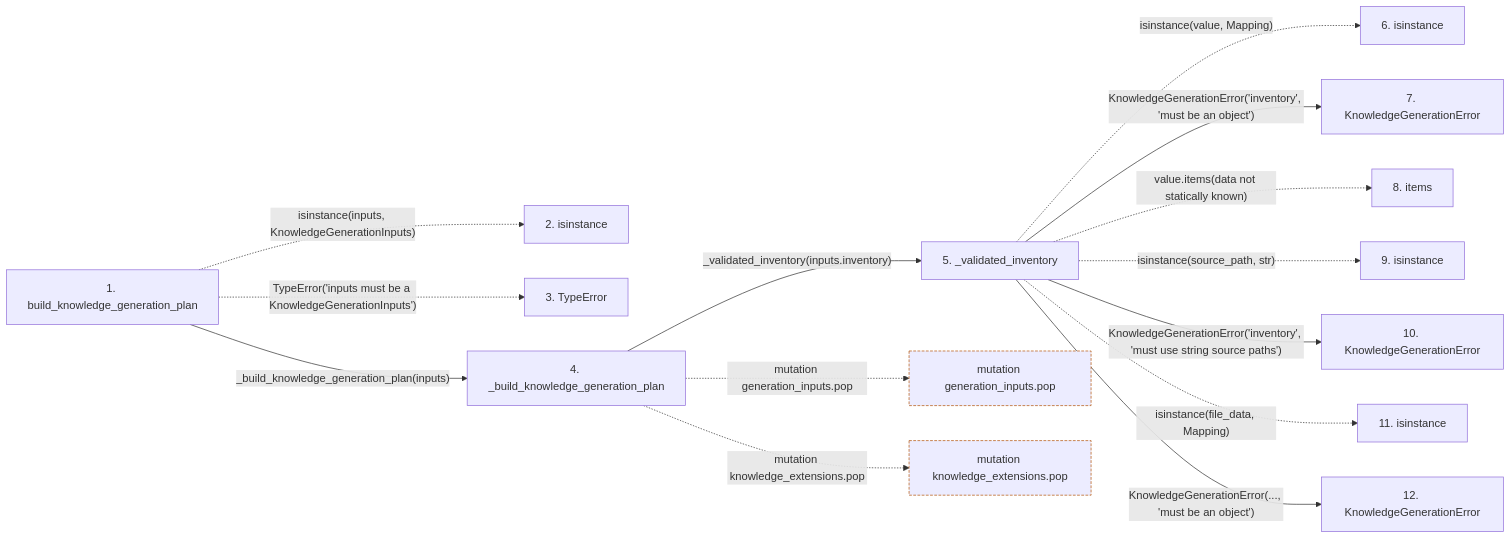
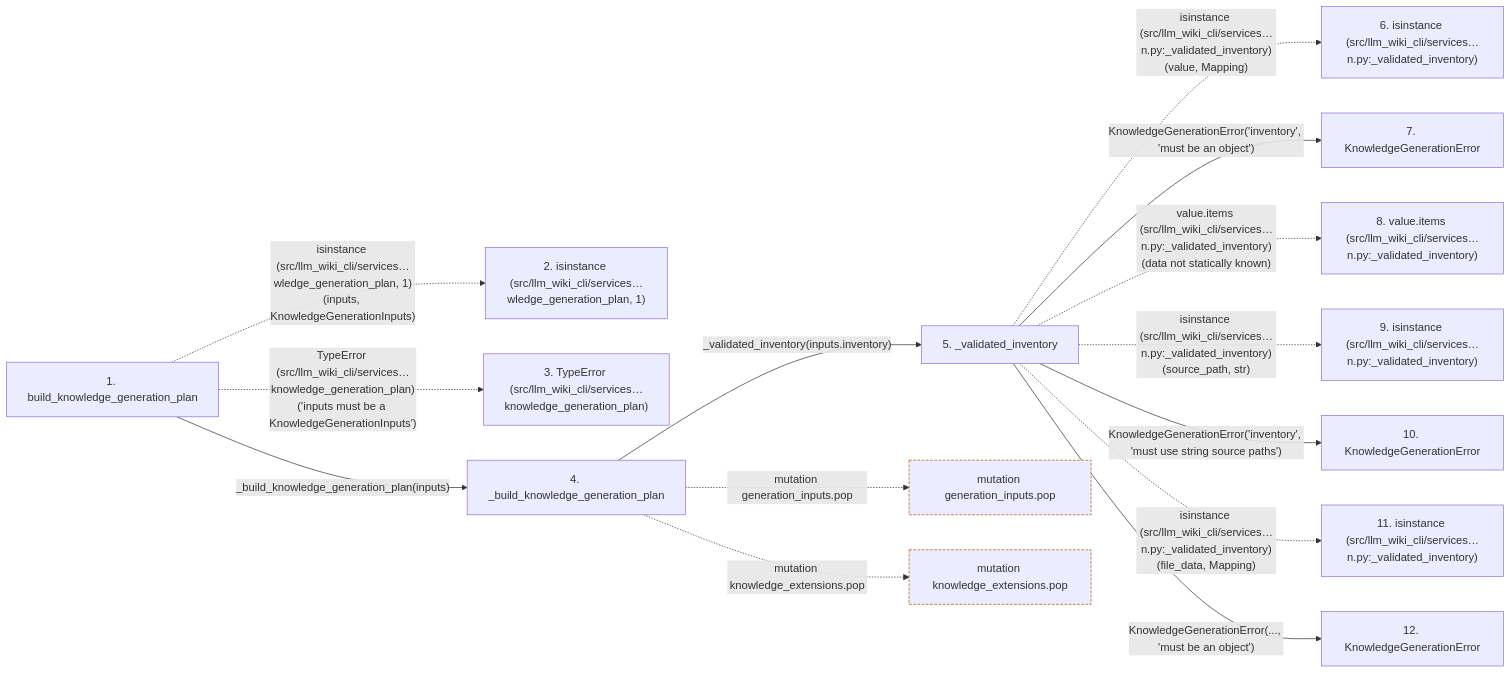
Before and after one commit to Denissvgn/python-wiki-llm: the second of 2 diagrams in docs/llm_wiki/flows/api-build_knowledge_generation_plan.md, drawn with Mermaid. The commit also changed other lines of this file and 719 other files, not shown here.

````diff
--- a/docs/llm_wiki/flows/api-build_knowledge_generation_plan.md
+++ b/docs/llm_wiki/flows/api-build_knowledge_generation_plan.md
@@ -88,39 +92,39 @@
 ```mermaid
 flowchart LR
     s1["1. build_knowledge_generation_plan"]
-    s2["2. isinstance"]
-    s3["3. TypeError"]
+    s2["2. isinstance (src/llm_wiki_cli/services…wledge_generation_plan, 1)"]
+    s3["3. TypeError (src/llm_wiki_cli/services…knowledge_generation_plan)"]
     s4["4. _build_knowledge_generation_plan"]
     s5["5. _validated_inventory"]
-    s6["6. isinstance"]
+    s6["6. isinstance (src/llm_wiki_cli/services…n.py:_validated_inventory)"]
     s7["7. KnowledgeGenerationError"]
-    s8["8. items"]
-    s9["9. isinstance"]
+    s8["8. value.items (src/llm_wiki_cli/services…n.py:_validated_inventory)"]
+    s9["9. isinstance (src/llm_wiki_cli/services…n.py:_validated_inventory)"]
     s10["10. KnowledgeGenerationError"]
-    s11["11. isinstance"]
+    s11["11. isinstance (src/llm_wiki_cli/services…n.py:_validated_inventory)"]
     s12["12. KnowledgeGenerationError"]
-    s1 -. "isinstance(inputs, KnowledgeGenerationInputs)" .-> s2
-    s1 -. "TypeError('inputs must be a KnowledgeGenerationInputs')" .-> s3
+    s1 -. "isinstance (src/llm_wiki_cli/services…wledge_generation_plan, 1)(inputs, KnowledgeGenerationInputs)" .-> s2
+    s1 -. "TypeError (src/llm_wiki_cli/services…knowledge_generation_plan)('inputs must be a KnowledgeGenerationInputs')" .-> s3
     s1 -->|"_build_knowledge_generation_plan(inputs)"| s4
     s4 -->|"_validated_inventory(inputs.inventory)"| s5
-    s5 -. "isinstance(value, Mapping)" .-> s6
+    s5 -. "isinstance (src/llm_wiki_cli/services…n.py:_validated_inventory)(value, Mapping)" .-> s6
     s5 -->|"KnowledgeGenerationError('inventory', 'must be an object')"| s7
-    s5 -. "value.items(data not statically known)" .-> s8
-    s5 -. "isinstance(source_path, str)" .-> s9
+    s5 -. "value.items (src/llm_wiki_cli/services…n.py:_validated_inventory)(data not statically known)" .-> s8
+    s5 -. "isinstance (src/llm_wiki_cli/services…n.py:_validated_inventory)(source_path, str)" .-> s9
     s5 -->|"KnowledgeGenerationError('inventory', 'must use string source paths')"| s10
-    s5 -. "isinstance(file_data, Mapping)" .-> s11
+    s5 -. "isinstance (src/llm_wiki_cli/services…n.py:_validated_inventory)(file_data, Mapping)" .-> s11
     s5 -->|"KnowledgeGenerationError(..., 'must be an object')"| s12
     b0["mutation generation_inputs.pop"]
     s4 -. "mutation generation_inputs.pop" .-> b0
     b1["mutation knowledge_extensions.pop"]
     s4 -. "mutation knowledge_extensions.pop" .-> b1
     click s1 "../modules/knowledge_generation.md"
     click s4 "../modules/knowledge_generation.md"
     click s5 "../modules/knowledge_generation.md"
     click s7 "../modules/knowledge_generation.md"
     click s10 "../modules/knowledge_generation.md"
     click s12 "../modules/knowledge_generation.md"
     classDef boundary stroke:#b45309,stroke-dasharray: 4 2
     class b0 boundary
     class b1 boundary
 ```
````
